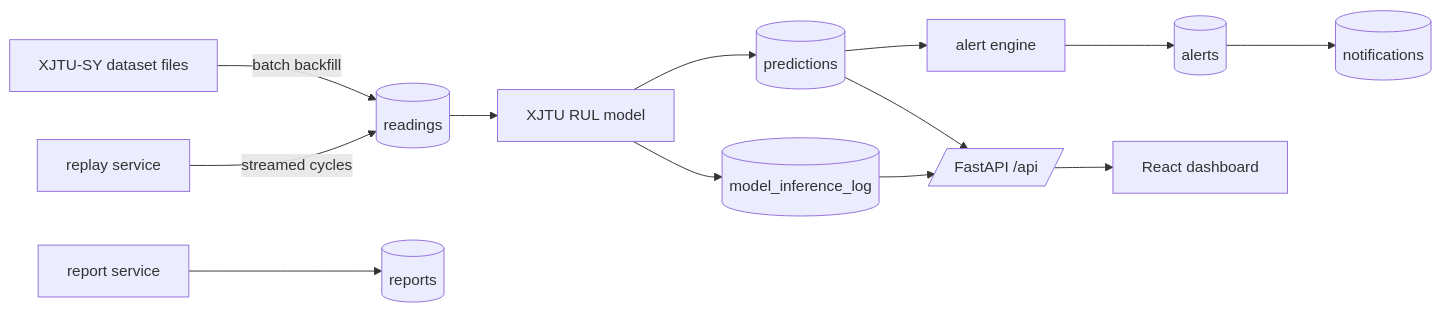
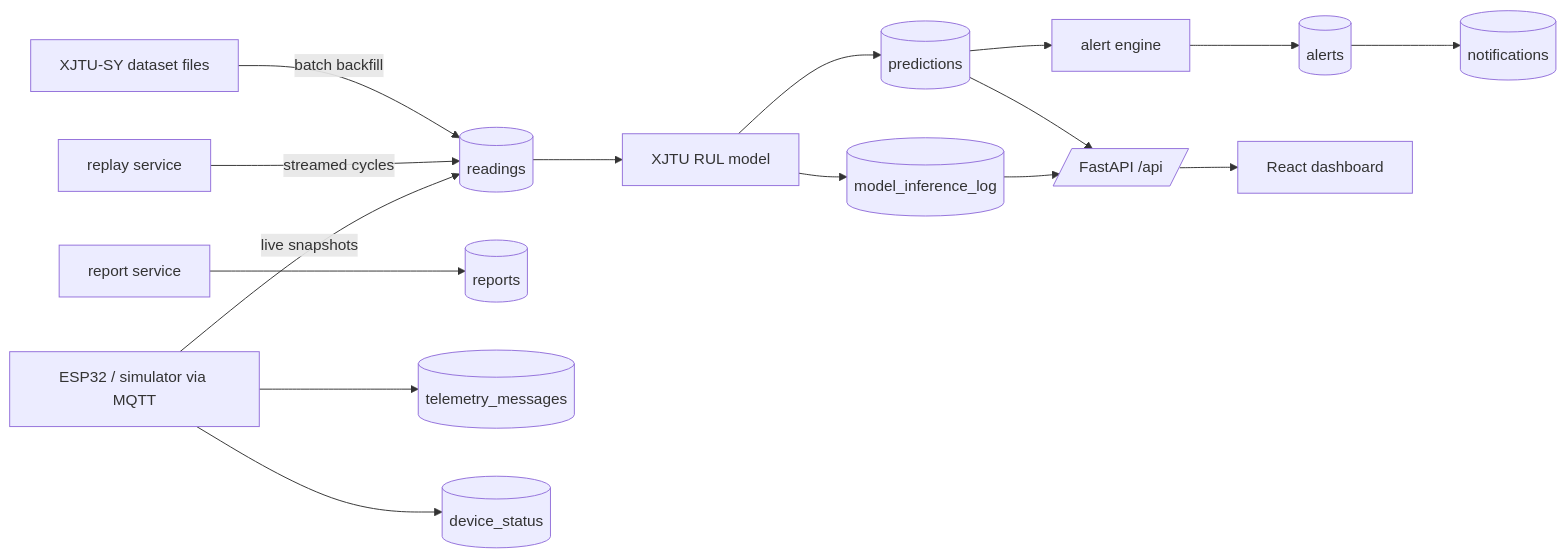
Before and after one commit to Dheeraj2209/MaintainIQ: the second of 2 diagrams in docs/DATA_MODEL.md, drawn with Mermaid. The commit also changed other lines of this file and 279 other files, not shown here.

````diff
--- a/docs/DATA_MODEL.md
+++ b/docs/DATA_MODEL.md
@@ -245,14 +525,17 @@
 ```mermaid
 flowchart LR
     xjtu[XJTU-SY dataset files] -->|batch backfill| readings[(readings)]
     readings --> model[XJTU RUL model]
     model --> predictions[(predictions)]
     model --> inflog[(model_inference_log)]
     predictions --> alertsvc[alert engine] --> alerts[(alerts)]
     alerts --> notif[(notifications)]
     predictions --> api[/FastAPI /api/]
     inflog --> api
     reportsvc[report service] --> reports[(reports)]
     api --> ui[React dashboard]
     replay[replay service] -->|streamed cycles| readings
+    mqtt[ESP32 / simulator via MQTT] -->|live snapshots| readings
+    mqtt --> telmsg[(telemetry_messages)]
+    mqtt --> devstat[(device_status)]
 ```
````
